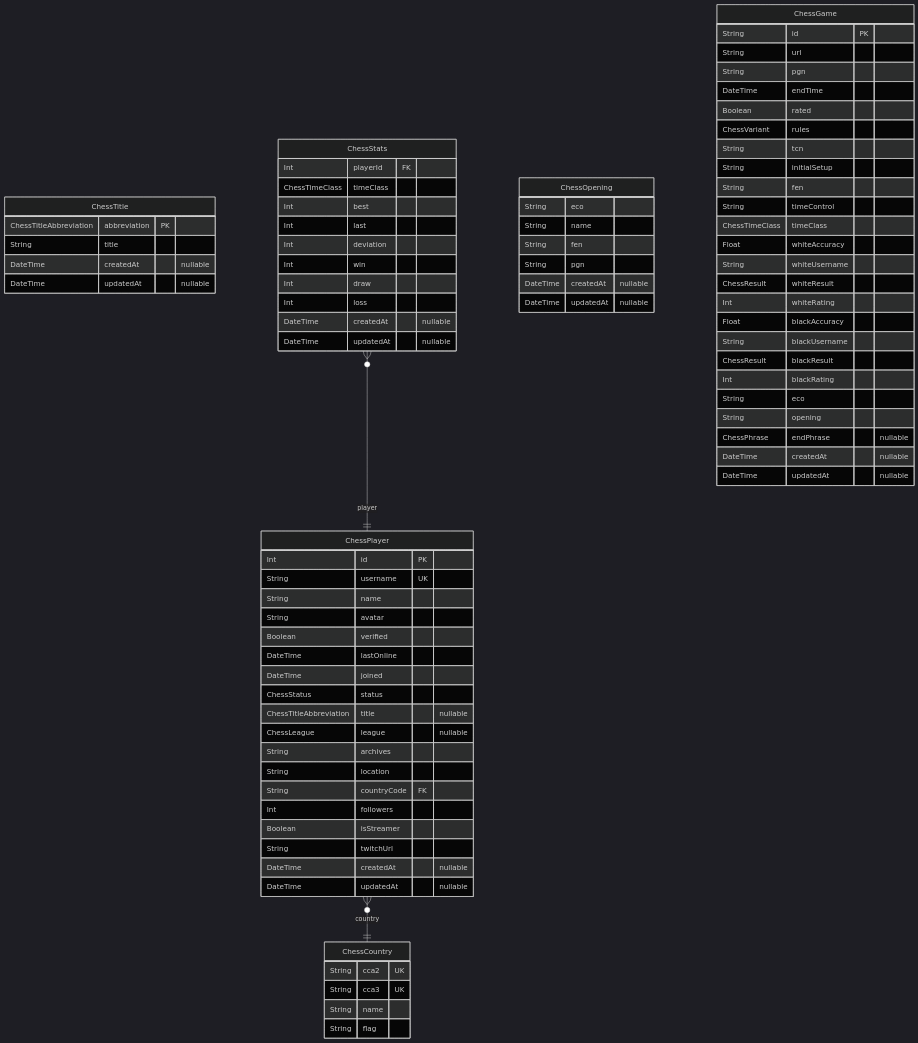
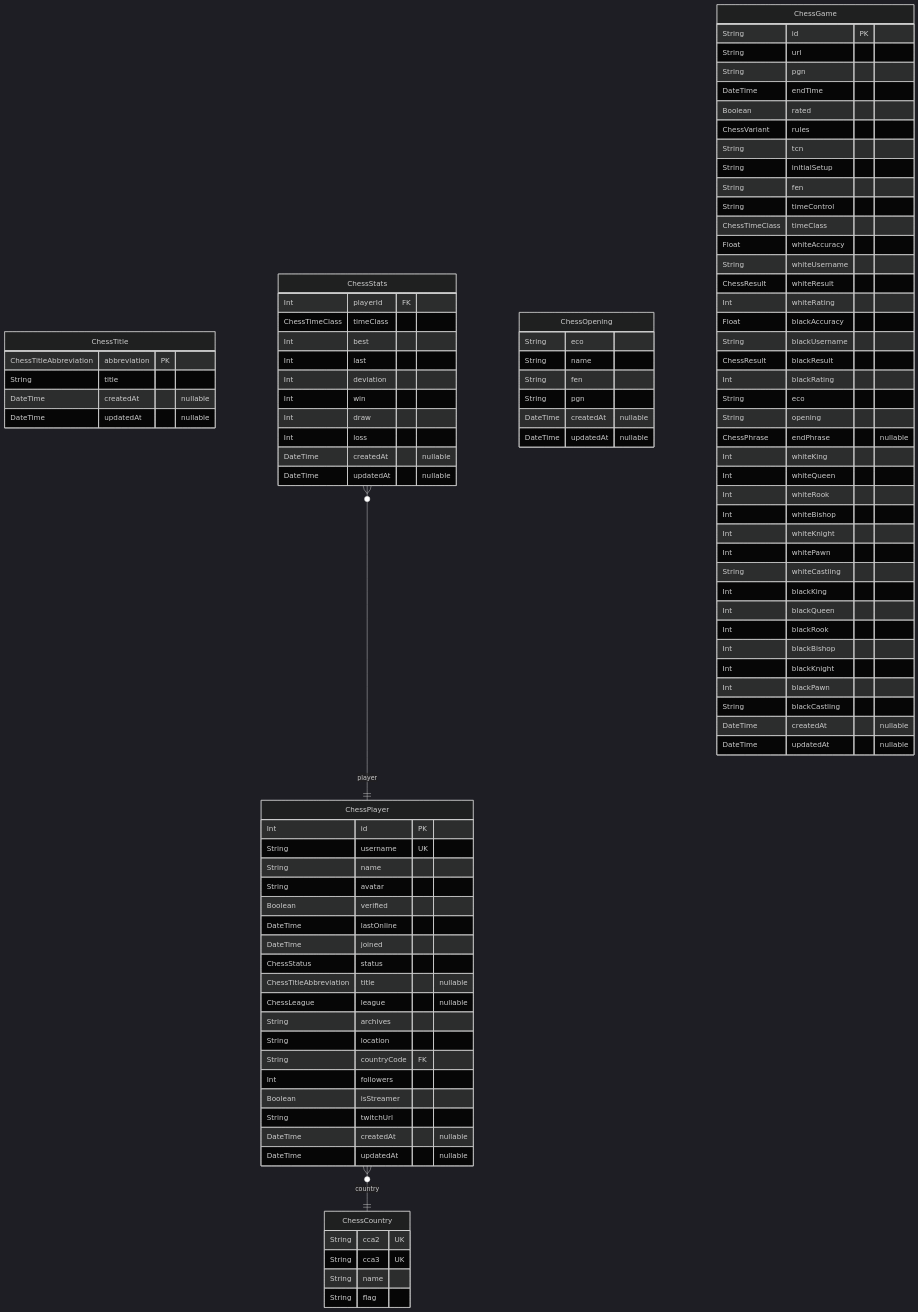
Before and after one commit to hieudoanm/hieudoanm.github.io: the diagram in app/chess/prisma/README.md, drawn with Mermaid (dark theme). The commit also changed other lines of this file and 14 other files, not shown here.

```diff
--- a/app/chess/prisma/README.md
+++ b/app/chess/prisma/README.md
@@ -81,6 +81,20 @@
     String eco
     String opening
     ChessPhrase endPhrase "nullable"
+    Int whiteKing
+    Int whiteQueen
+    Int whiteRook
+    Int whiteBishop
+    Int whiteKnight
+    Int whitePawn
+    String whiteCastling
+    Int blackKing
+    Int blackQueen
+    Int blackRook
+    Int blackBishop
+    Int blackKnight
+    Int blackPawn
+    String blackCastling
     DateTime createdAt "nullable"
     DateTime updatedAt "nullable"
 }
```
